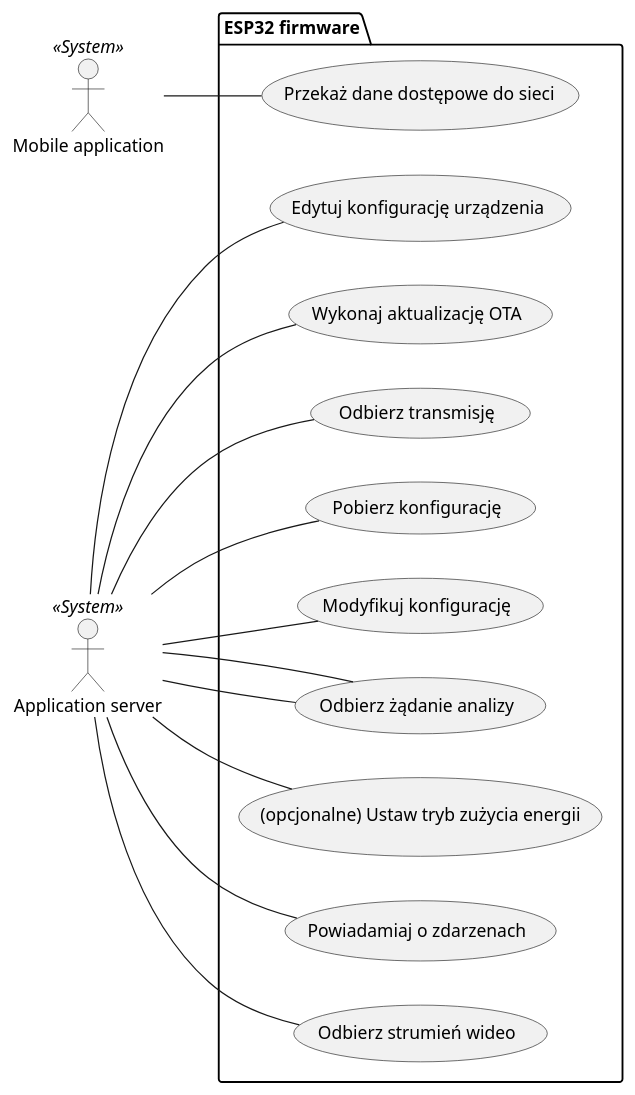
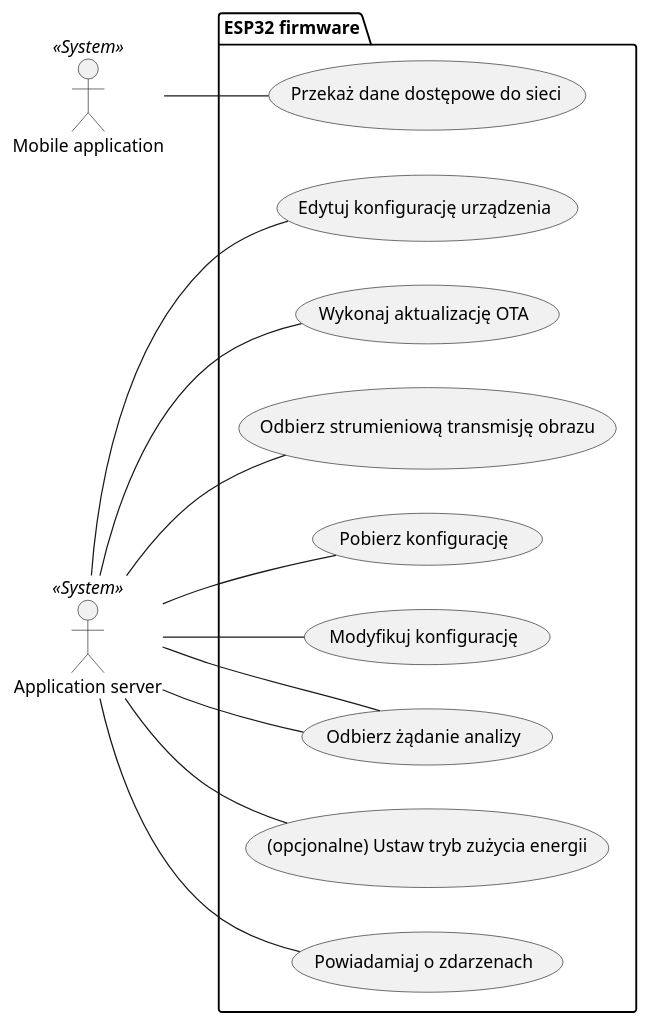
The diagram in docs/usecasediagram_esp32.puml (adameus03/MonitorDevices), drawn with PlantUML before and after one commit. The commit also changed 14 other files, not shown here.

Commit message:
Updated docs - dev registration sequence diagram, project functions assignment, usecase diagrams minor changes, scaffold E1 class diagram

```diff
--- a/docs/usecasediagram_esp32.puml
+++ b/docs/usecasediagram_esp32.puml
@@ -1,36 +1,34 @@
 @startuml
 left to right direction
 
 package "ESP32 firmware" {
   usecase "Przekaż dane dostępowe do sieci" as passNetworkCredentials
   
   usecase "Edytuj konfigurację urządzenia" as configureCamera
   usecase "Wykonaj aktualizację OTA" as performOTAUpdate
-  usecase "Odbierz transmisję" as receiveVideoTransmission
+  usecase "Odbierz strumieniową transmisję obrazu" as receiveVideoStream
   usecase "Pobierz konfigurację" as getCameraConfig
   usecase "Modyfikuj konfigurację" as alterCameraConfig
   usecase "Odbierz żądanie analizy" as receiveAnalysisRequest
   usecase "(opcjonalne) Ustaw tryb zużycia energii" as setEnergySaving
   usecase "Powiadamiaj o zdarzenach" as eventNotify
-  usecase "Odbierz strumień wideo" as receiveVideoStream
-  
 }
 
 
 actor "Mobile application" << System >> as MobileApp
 actor "Application server" << System >> as Server
 
 MobileApp -- passNetworkCredentials
 
 Server -- configureCamera
 Server -- performOTAUpdate
-Server -- receiveVideoTransmission
+'Server -- receiveVideoTransmission
 Server -- getCameraConfig
 Server -- alterCameraConfig
 Server -- receiveAnalysisRequest
 Server -- receiveAnalysisRequest
 Server -- eventNotify
 Server -- receiveVideoStream
 Server -- setEnergySaving
 
 @enduml
```
